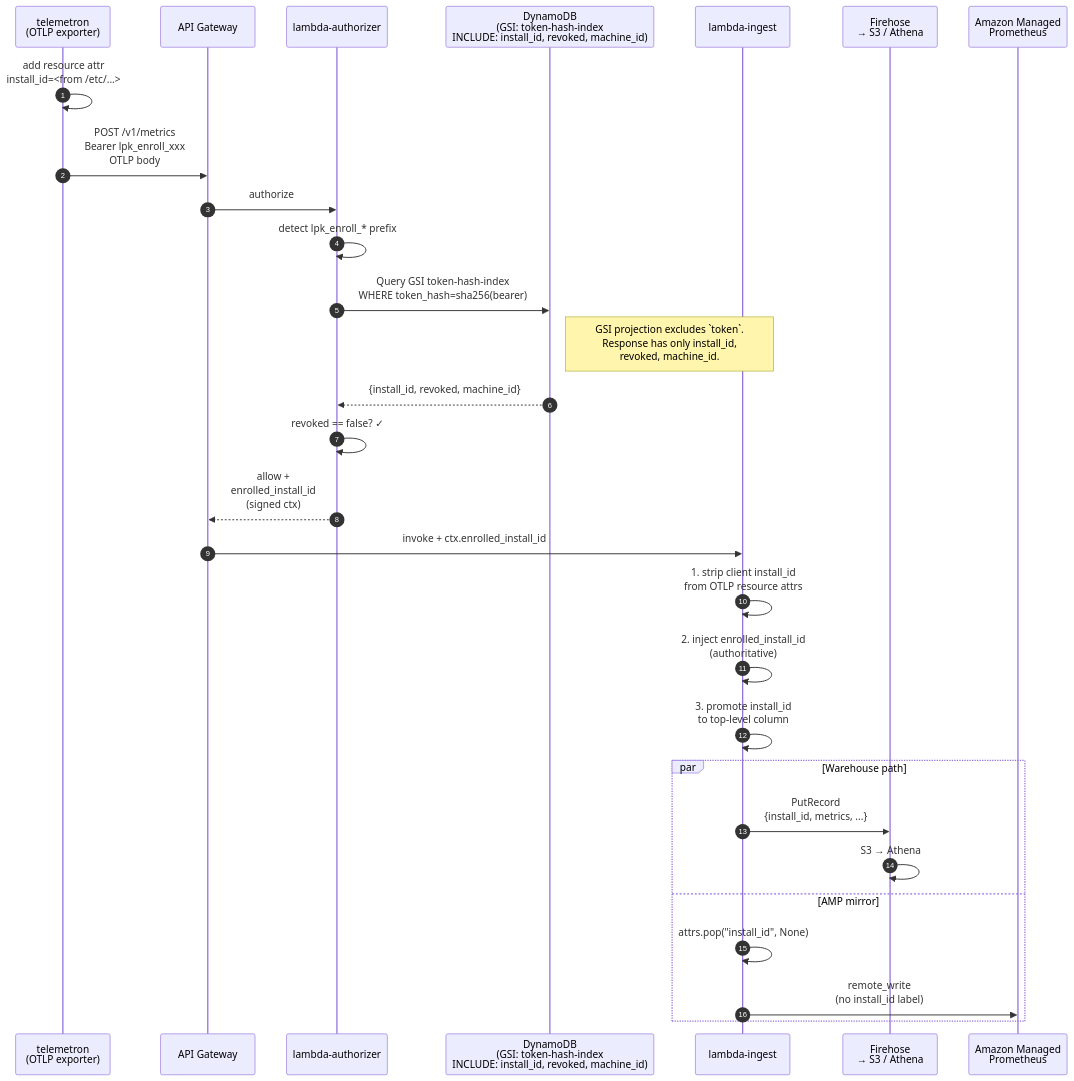
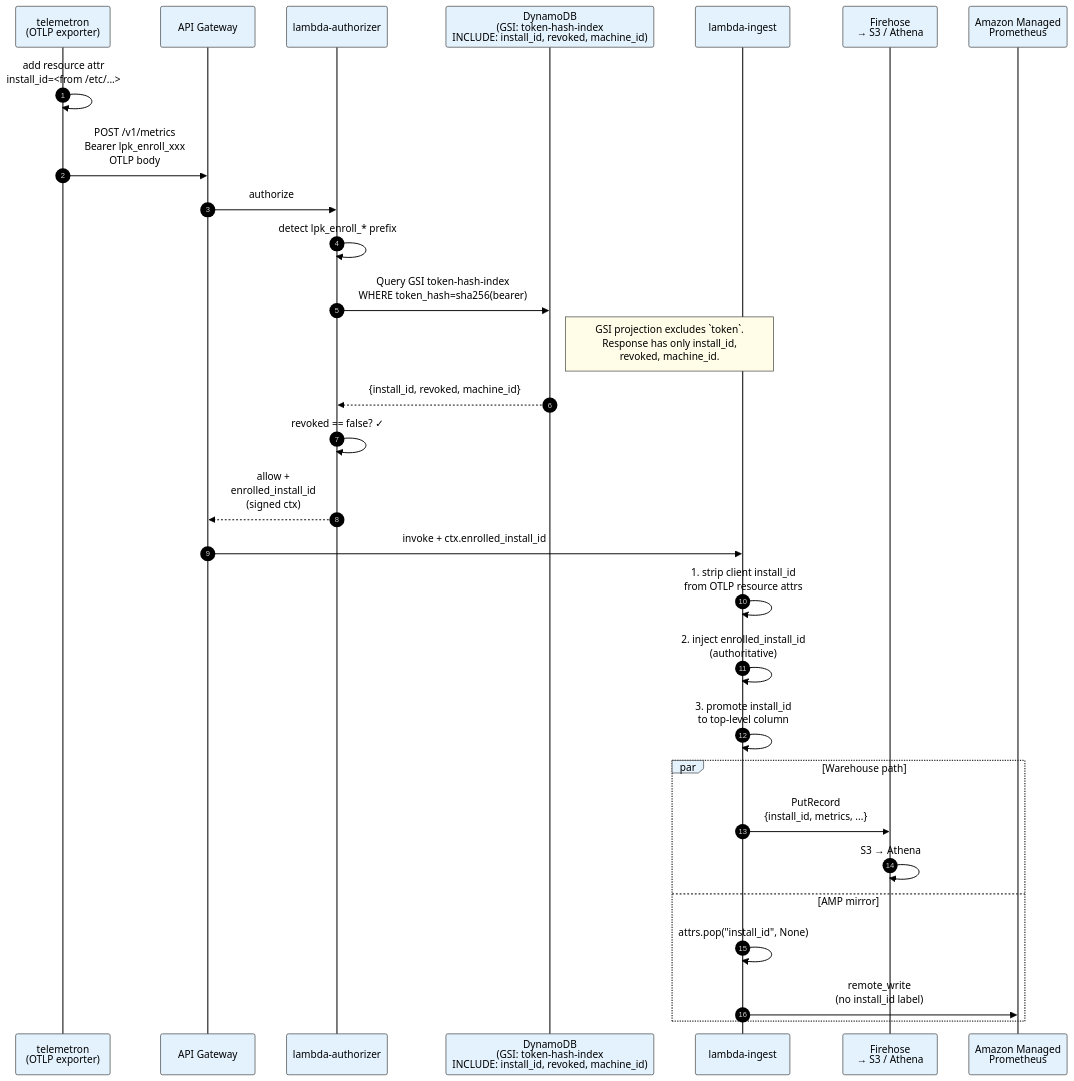
One commit to inceptionstack/telemetron changed the second of 5 diagrams in docs/telemetron-enrollment-architecture-v0.3.0.md. Above: the diagram before and after it, drawn with Mermaid. The commit also changed other lines of this file, not shown here.

Commit message:
docs(v0.3.0): darker text for diagrams (force theme vars for readability)

````diff
--- a/docs/telemetron-enrollment-architecture-v0.3.0.md
+++ b/docs/telemetron-enrollment-architecture-v0.3.0.md
@@ -62,34 +63,35 @@
 ```mermaid
+%%{init: {'theme':'base','themeVariables':{'primaryColor':'#f5f5f5','primaryTextColor':'#000','primaryBorderColor':'#333','lineColor':'#333','secondaryColor':'#e8e8e8','tertiaryColor':'#fafafa','noteTextColor':'#000','noteBkgColor':'#fffde7','noteBorderColor':'#333','actorTextColor':'#000','actorBkg':'#e3f2fd','actorBorder':'#333','signalColor':'#000','signalTextColor':'#000','labelTextColor':'#000','loopTextColor':'#000'}}}%%
 sequenceDiagram
     autonumber
     participant TX as telemetron<br/>(OTLP exporter)
     participant AGW as API Gateway
     participant AUTH as lambda-authorizer
     participant DDB as DynamoDB<br/>(GSI: token-hash-index<br/>INCLUDE: install_id, revoked, machine_id)
     participant LI as lambda-ingest
     participant FH as Firehose<br/>→ S3 / Athena
     participant AMP as Amazon Managed<br/>Prometheus
 
     TX->>TX: add resource attr<br/>install_id=<from /etc/...>
     TX->>AGW: POST /v1/metrics<br/>Bearer lpk_enroll_xxx<br/>OTLP body
     AGW->>AUTH: authorize
     AUTH->>AUTH: detect lpk_enroll_* prefix
     AUTH->>DDB: Query GSI token-hash-index<br/>WHERE token_hash=sha256(bearer)
     Note right of DDB: GSI projection excludes `token`.<br/>Response has only install_id,<br/>revoked, machine_id.
     DDB-->>AUTH: {install_id, revoked, machine_id}
     AUTH->>AUTH: revoked == false? ✓
     AUTH-->>AGW: allow +<br/>enrolled_install_id<br/>(signed ctx)
 
     AGW->>LI: invoke + ctx.enrolled_install_id
     LI->>LI: 1. strip client install_id<br/>from OTLP resource attrs
     LI->>LI: 2. inject enrolled_install_id<br/>(authoritative)
     LI->>LI: 3. promote install_id<br/>to top-level column
 
     par Warehouse path
       LI->>FH: PutRecord<br/>{install_id, metrics, ...}
       FH->>FH: S3 → Athena
     and AMP mirror
       LI->>LI: attrs.pop("install_id", None)
       LI->>AMP: remote_write<br/>(no install_id label)
     end
 ```
````
